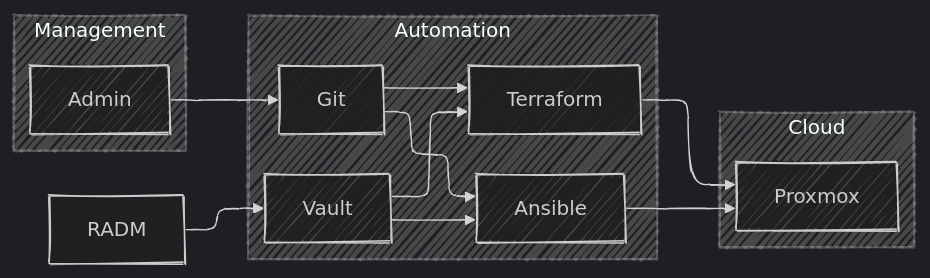
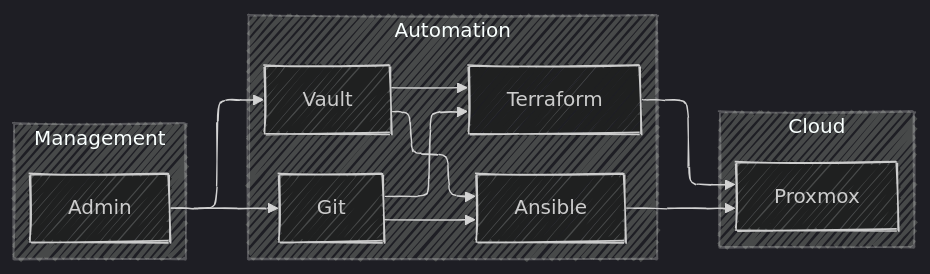
Before and after one commit to gitrsi/cyberops.zone: the diagram in doing/Private Cloud/README.md, drawn with Mermaid (dark theme).

````diff
--- a/doing/Private Cloud/README.md
+++ b/doing/Private Cloud/README.md
@@ -8,33 +8,33 @@
 ```mermaid
 ---
 config:
   layout: elk
   look: handDrawn
   elk:
     mergeEdges: true
     nodePlacementStrategy: LINEAR_SEGMENTS
 ---
 graph LR
 
   subgraph MGMNT["Management"]
         ADM["Admin"]
   end
 
   subgraph AUT["Automation"]
         GIT["Git"]
         VAULT["Vault"]
         ANS["Ansible"]
         TER["Terraform"]
   end
 
   subgraph CLOUD["Cloud"]
         PROX["Proxmox"]
   end  
 
   ADM --> GIT
-  RADM --> VAULT
+  ADM --> VAULT
   GIT --> ANS & TER
   VAULT --> ANS & TER
   ANS --> PROX
   TER --> PROX
 ```
````
